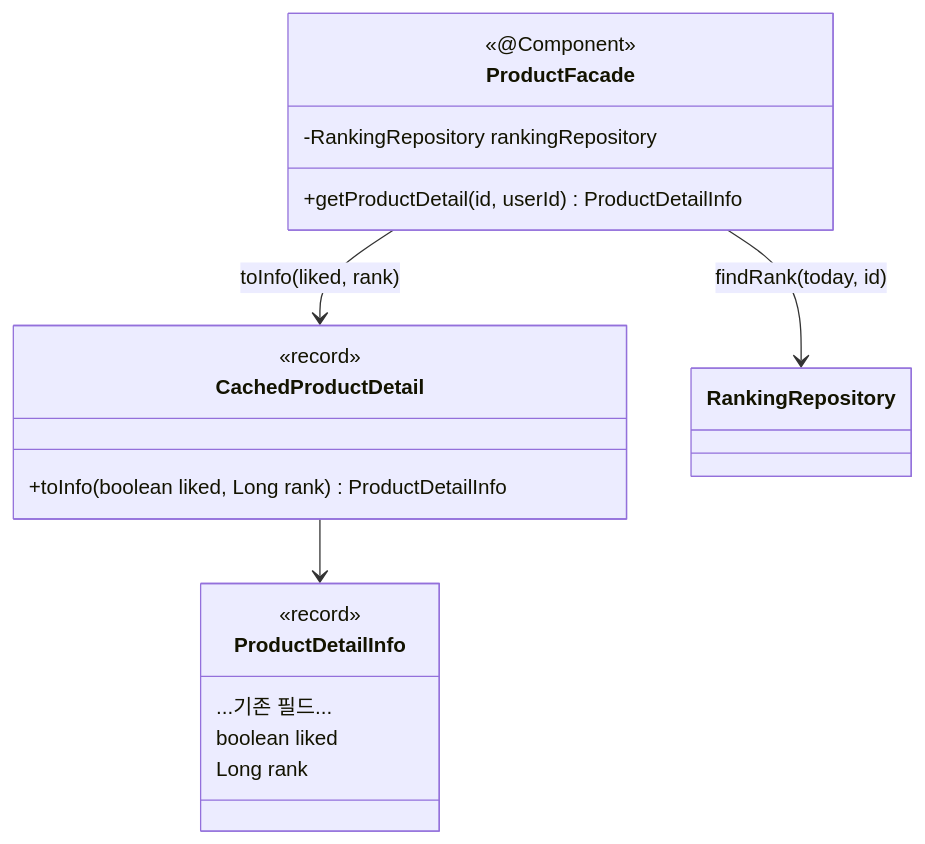
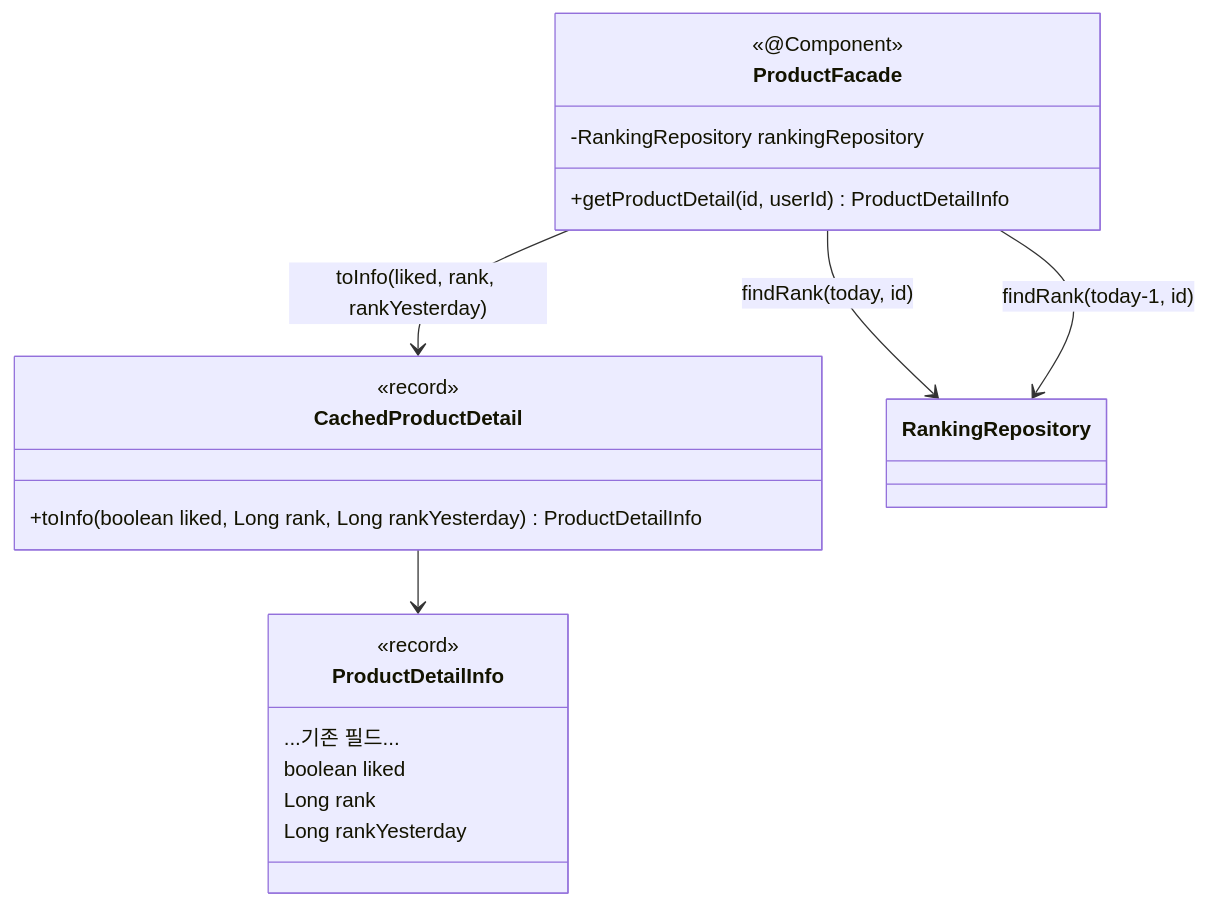
One commit to gamewithfriend/loop-pack-be-l2-vol4-java changed the third of 3 diagrams in docs/week9/03-class-diagram.md. Above: the diagram before and after it, drawn with Mermaid. The commit also changed other lines of this file and 4 other files, not shown here.

First line of the commit message:
docs(week9): 상세 추세(rankYesterday) + 과거 랭킹 스냅샷 설계 반영

````diff
--- a/docs/week9/03-class-diagram.md
+++ b/docs/week9/03-class-diagram.md
@@ -160,21 +178,23 @@
 ```mermaid
 classDiagram
     class ProductFacade {
         <<@Component>>
         -RankingRepository rankingRepository
         +getProductDetail(id, userId) ProductDetailInfo
     }
     class CachedProductDetail {
         <<record>>
-        +toInfo(boolean liked, Long rank) ProductDetailInfo
+        +toInfo(boolean liked, Long rank, Long rankYesterday) ProductDetailInfo
     }
     class ProductDetailInfo {
         <<record>>
         ...기존 필드...
         boolean liked
         Long rank
+        Long rankYesterday
     }
     ProductFacade --> RankingRepository : findRank(today, id)
-    ProductFacade --> CachedProductDetail : toInfo(liked, rank)
+    ProductFacade --> RankingRepository : findRank(today-1, id)
+    ProductFacade --> CachedProductDetail : toInfo(liked, rank, rankYesterday)
     CachedProductDetail --> ProductDetailInfo
 ```
````
